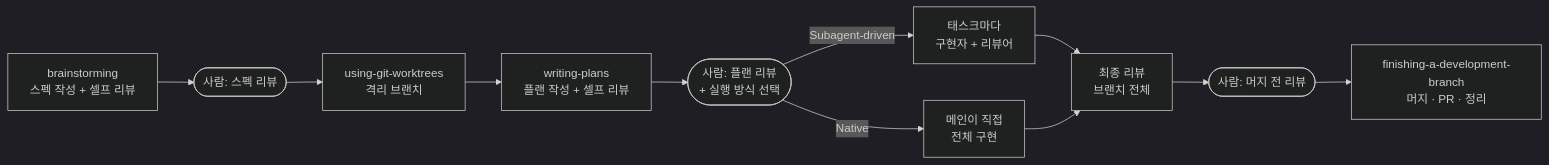
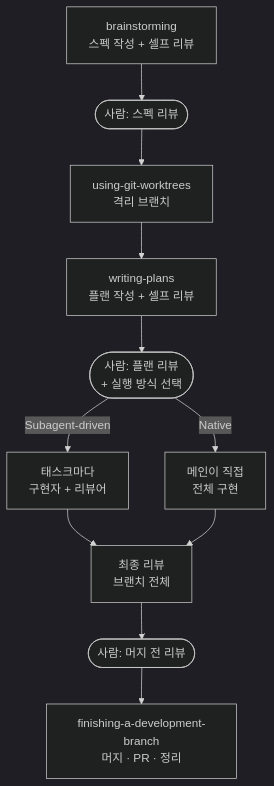
The third of 5 diagrams in _posts/2026-09-30-claude-subagent-superpowers.md (codefoundry-io/codefoundry-io.github.io), drawn with Mermaid (dark theme) before and after one commit. The commit also changed other lines of this file, not shown here.

````diff
--- a/_posts/2026-09-30-claude-subagent-superpowers.md
+++ b/_posts/2026-09-30-claude-subagent-superpowers.md
@@ -261,13 +277,13 @@
 ```mermaid
-flowchart LR
+flowchart TD
   B[brainstorming<br>스펙 작성 + 셀프 리뷰] --> H0([사람: 스펙 리뷰])
   H0 --> W[using-git-worktrees<br>격리 브랜치]
   W --> P[writing-plans<br>플랜 작성 + 셀프 리뷰]
   P --> H1([사람: 플랜 리뷰<br>+ 실행 방식 선택])
   H1 -->|Subagent-driven| X[태스크마다<br>구현자 + 리뷰어]
   H1 -->|Native| N[메인이 직접<br>전체 구현]
   X --> FR[최종 리뷰<br>브랜치 전체]
   N --> FR
   FR --> H2([사람: 머지 전 리뷰])
   H2 --> F[finishing-a-development-branch<br>머지 · PR · 정리]
 ```
````
